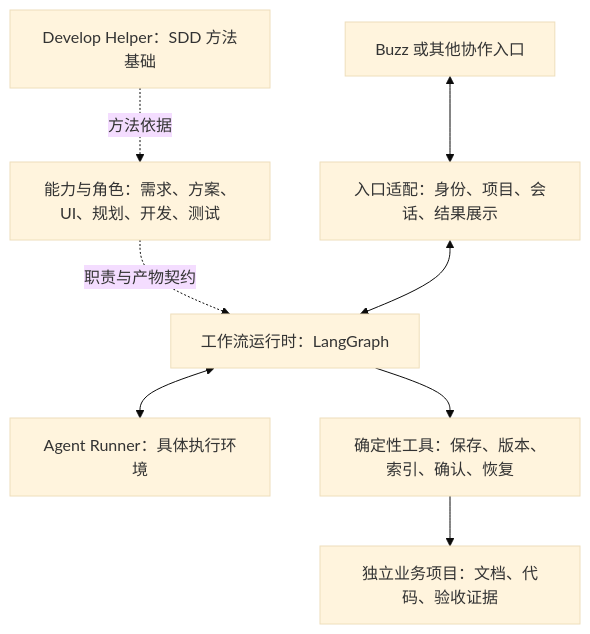
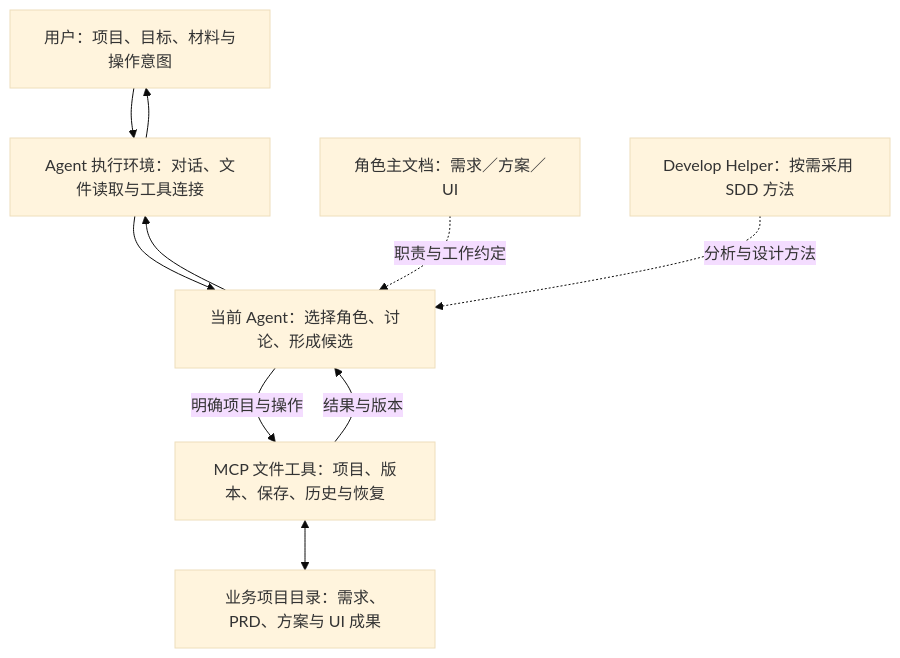
Before and after one commit to Bowen2024/SA-mate: the diagram in README.md, drawn with Mermaid (base theme). The commit also changed other lines of this file and 18 other files, not shown here.

First line of the commit message:
docs: adopt the current Agent and MCP architecture

````diff
--- a/README.md
+++ b/README.md
@@ -9,19 +13,20 @@
 ```mermaid
 flowchart TB
-    S[Develop Helper：SDD 方法基础]
-    C[能力与角色：需求、方案、UI、规划、开发、测试]
-    W[工作流运行时：LangGraph]
-    R[Agent Runner：具体执行环境]
-    T[确定性工具：保存、版本、索引、确认、恢复]
-    P[独立业务项目：文档、代码、验收证据]
-    B[Buzz 或其他协作入口]
-    A[入口适配：身份、项目、会话、结果展示]
+    U[用户：项目、目标、材料与操作意图]
+    E[Agent 执行环境：对话、文件读取与工具连接]
+    A[当前 Agent：选择角色、讨论、形成候选]
+    R[角色主文档：需求／方案／UI]
+    S[Develop Helper：按需采用 SDD 方法]
+    T[MCP 文件工具：项目、版本、保存、历史与恢复]
+    P[业务项目目录：需求、PRD、方案与 UI 成果]
 
-    S -.方法依据.-> C
-    C -.职责与产物契约.-> W
-    B <--> A
-    A <--> W
-    W <--> R
-    W --> T
-    T --> P
+    U --> E
+    E --> A
+    R -.职责与工作约定.-> A
+    S -.分析与设计方法.-> A
+    A -->|明确项目与操作| T
+    T <--> P
+    T -->|结果与版本| A
+    A --> E
+    E --> U
 ```
````
